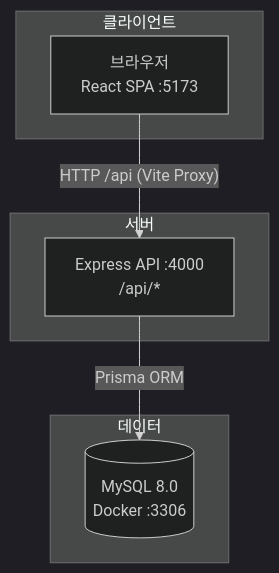
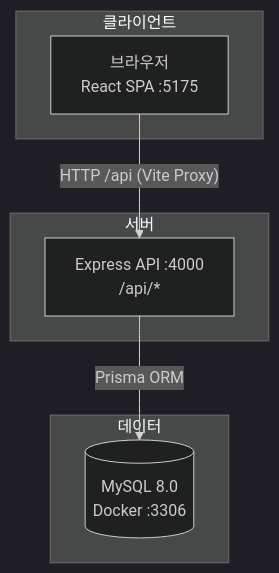
The first of 5 diagrams in docs/architecture.md (stakim876/SmartFlow-WMS-), drawn with Mermaid (dark theme) before and after one commit. The commit also changed other lines of this file and 9 other files, not shown here.

````diff
--- a/docs/architecture.md
+++ b/docs/architecture.md
@@ -7,17 +7,17 @@
 ```mermaid
 flowchart TB
     subgraph Client["클라이언트"]
-        Browser["브라우저\nReact SPA :5173"]
+        Browser["브라우저\nReact SPA :5175"]
     end
 
     subgraph Server["서버"]
         API["Express API :4000\n/api/*"]
     end
 
     subgraph Data["데이터"]
         DB[("MySQL 8.0\nDocker :3306")]
     end
 
     Browser -->|"HTTP /api (Vite Proxy)"| API
     API -->|"Prisma ORM"| DB
 ```
````
